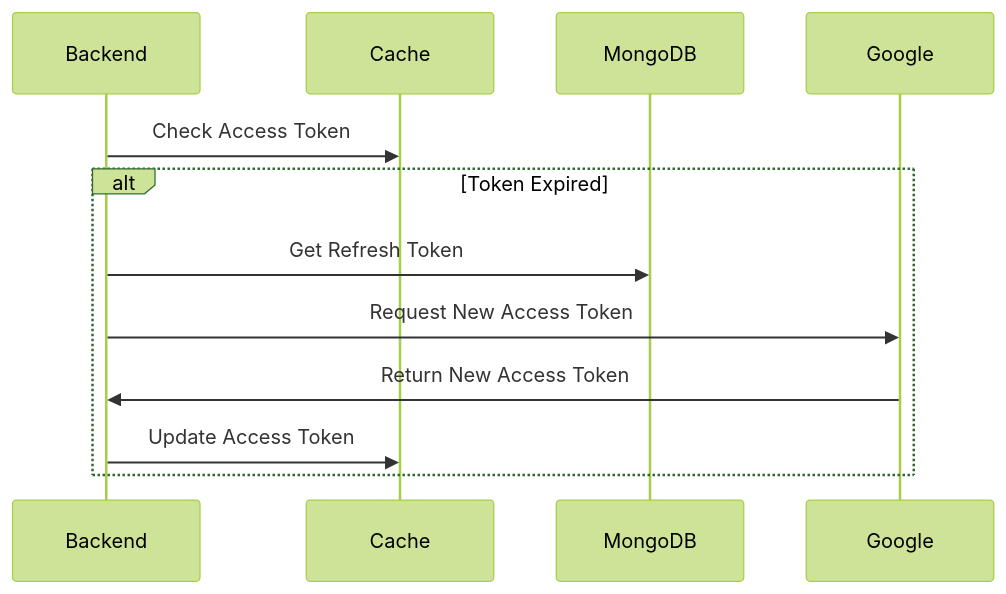
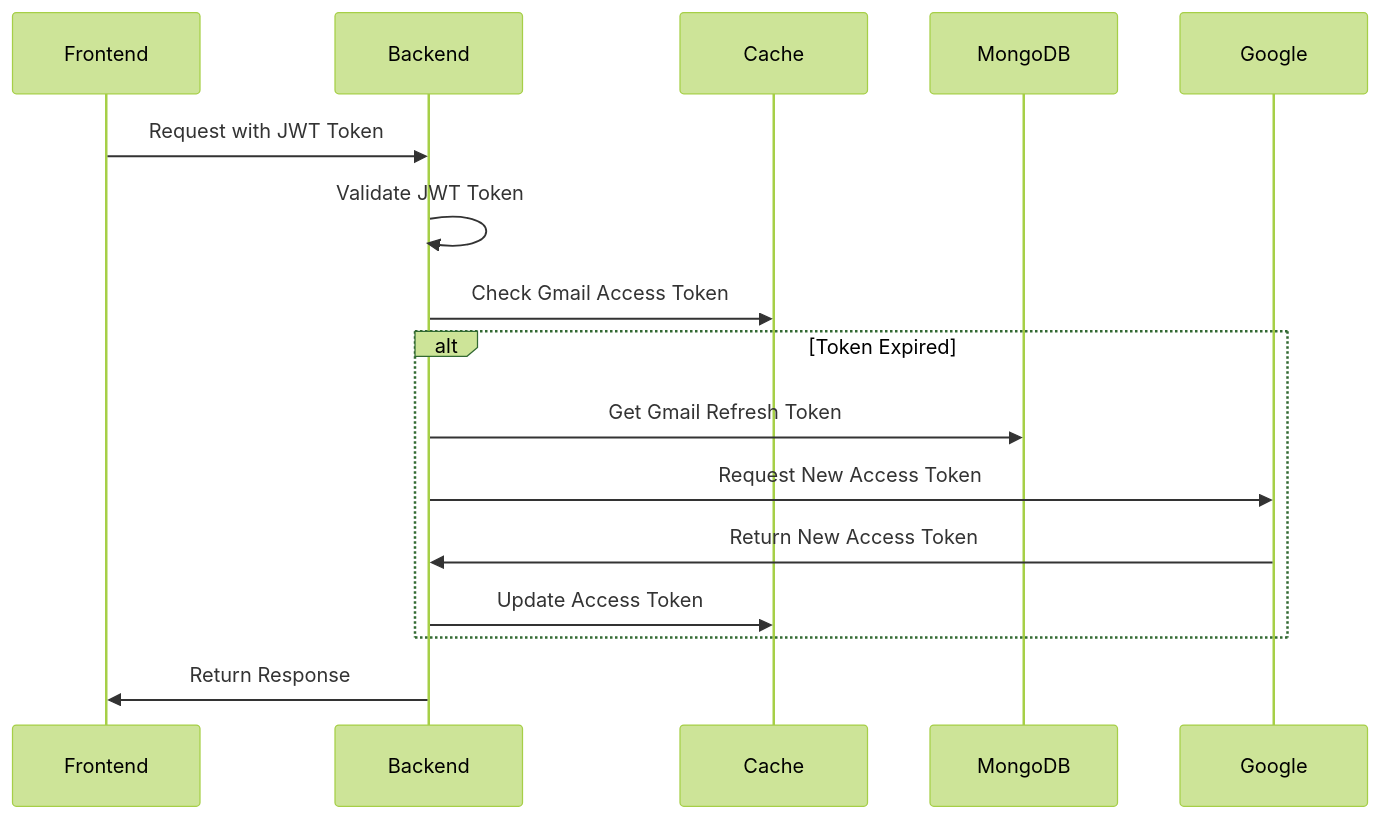
One commit to Skymore/ruit.me changed the seventh of 8 diagrams in data/blog/implementing-email-analysis-with-google-oauth.mdx. Above: the diagram before and after it, drawn with Mermaid (forest theme). The commit also changed other lines of this file and 5 other files, not shown here.

````diff
--- a/data/blog/implementing-email-analysis-with-google-oauth.mdx
+++ b/data/blog/implementing-email-analysis-with-google-oauth.mdx
@@ -259,10 +329,13 @@
    ```mermaid
    sequenceDiagram
-       Backend->>Cache: Check Access Token
+       Frontend->>Backend: Request with JWT Token
+       Backend->>Backend: Validate JWT Token
+       Backend->>Cache: Check Gmail Access Token
        alt Token Expired
-           Backend->>MongoDB: Get Refresh Token
+           Backend->>MongoDB: Get Gmail Refresh Token
            Backend->>Google: Request New Access Token
            Google->>Backend: Return New Access Token
            Backend->>Cache: Update Access Token
        end
+       Backend->>Frontend: Return Response
    ```
````
